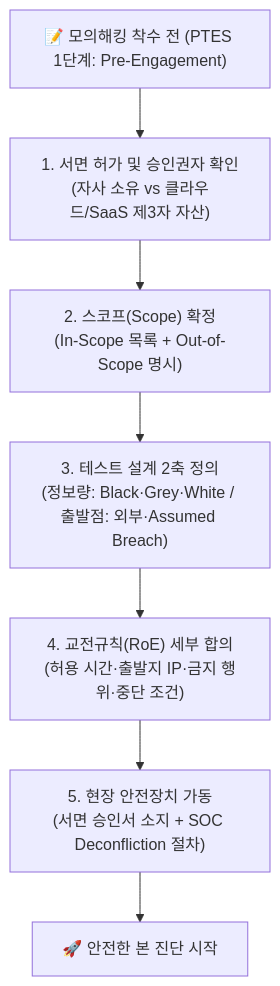
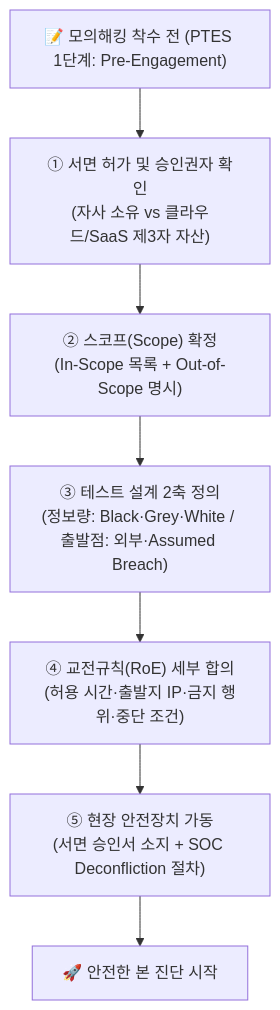
Before and after one commit to gooyong-sec/gooyong-sec.github.io: the first of 3 diagrams in content/모의해킹 기초/스코프와 교전규칙(RoE) — 모의해킹을 시작하기 전에 정해야 할 것들.md, drawn with Mermaid. The commit also changed 28 other files, not shown here.

First line of the commit message:
fix: eliminate remaining mermaid markdown-list misparse across all diagrams

````diff
--- a/content/모의해킹 기초/스코프와 교전규칙(RoE) — 모의해킹을 시작하기 전에 정해야 할 것들.md
+++ b/content/모의해킹 기초/스코프와 교전규칙(RoE) — 모의해킹을 시작하기 전에 정해야 할 것들.md
@@ -18,9 +18,9 @@
 ```mermaid
 flowchart TD
-    Start["📝 모의해킹 착수 전 (PTES 1단계: Pre-Engagement)"] --> Auth["1. 서면 허가 및 승인권자 확인<br/>(자사 소유 vs 클라우드/SaaS 제3자 자산)"]
-    Auth --> Scope["2. 스코프(Scope) 확정<br/>(In-Scope 목록 + Out-of-Scope 명시)"]
-    Scope --> Design["3. 테스트 설계 2축 정의<br/>(정보량: Black·Grey·White / 출발점: 외부·Assumed Breach)"]
-    Design --> RoE["4. 교전규칙(RoE) 세부 합의<br/>(허용 시간·출발지 IP·금지 행위·중단 조건)"]
-    RoE --> Safety["5. 현장 안전장치 가동<br/>(서면 승인서 소지 + SOC Deconfliction 절차)"]
+    Start["📝 모의해킹 착수 전 (PTES 1단계: Pre-Engagement)"] --> Auth["① 서면 허가 및 승인권자 확인<br/>(자사 소유 vs 클라우드/SaaS 제3자 자산)"]
+    Auth --> Scope["② 스코프(Scope) 확정<br/>(In-Scope 목록 + Out-of-Scope 명시)"]
+    Scope --> Design["③ 테스트 설계 2축 정의<br/>(정보량: Black·Grey·White / 출발점: 외부·Assumed Breach)"]
+    Design --> RoE["④ 교전규칙(RoE) 세부 합의<br/>(허용 시간·출발지 IP·금지 행위·중단 조건)"]
+    RoE --> Safety["⑤ 현장 안전장치 가동<br/>(서면 승인서 소지 + SOC Deconfliction 절차)"]
     Safety --> Go["🚀 안전한 본 진단 시작"]
 ```
````
